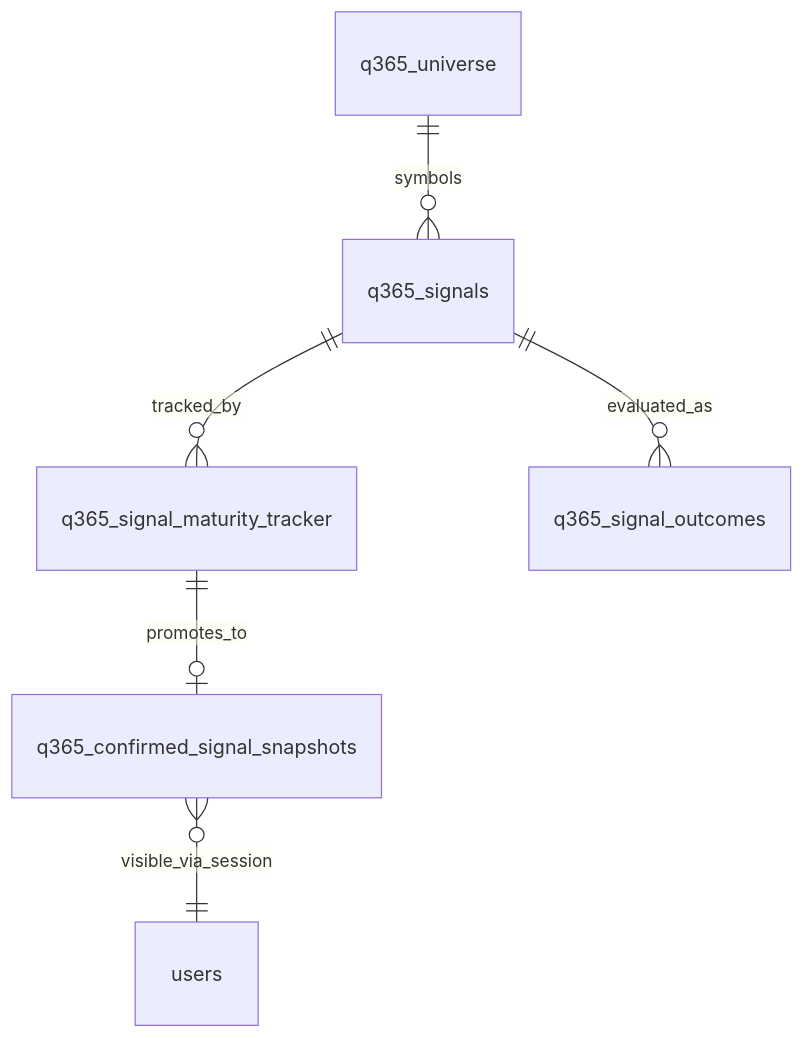
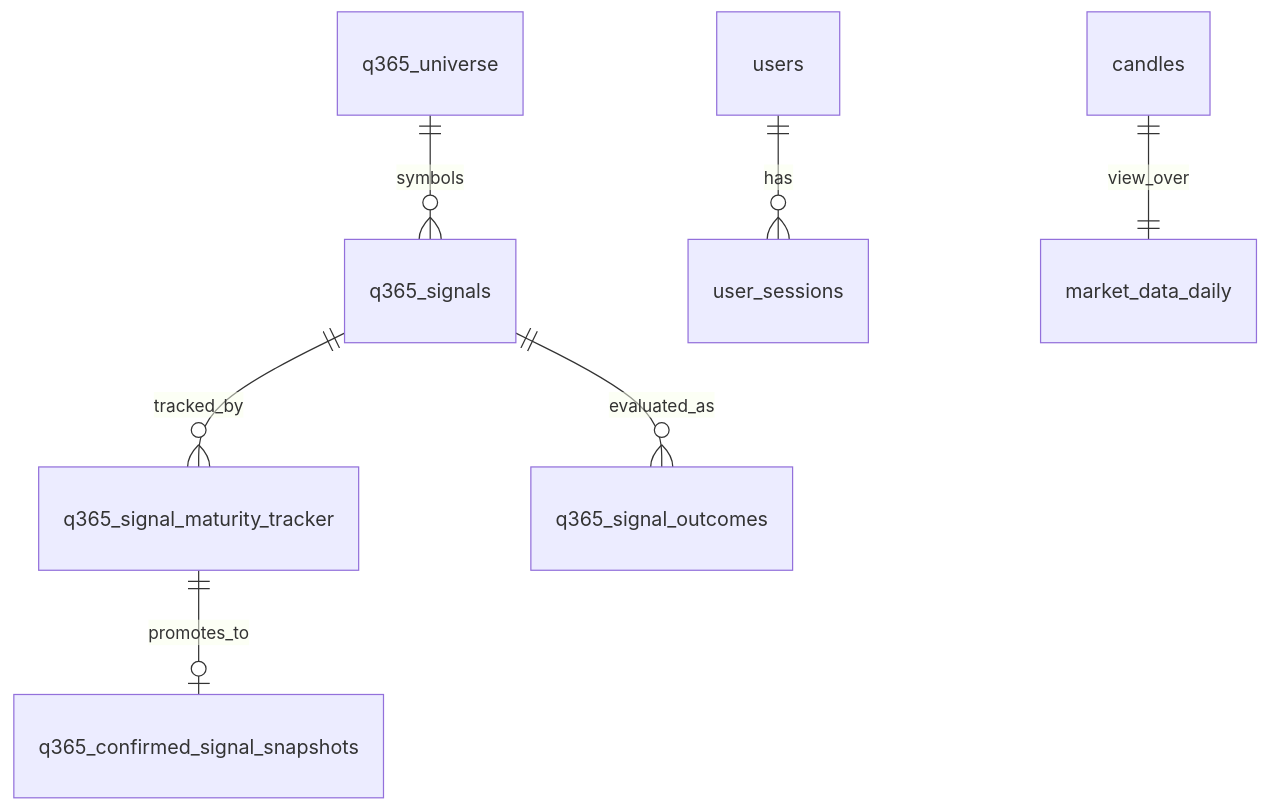
Before and after one commit to saurabhmani/api-update: the fifth of 5 diagrams in ARCHITECTURE.md, drawn with Mermaid. The commit also changed other lines of this file and 62 other files, not shown here.

````diff
--- a/ARCHITECTURE.md
+++ b/ARCHITECTURE.md
@@ -450,8 +416,9 @@
 ```mermaid
 erDiagram
+    q365_universe ||--o{ q365_signals : symbols
     q365_signals ||--o{ q365_signal_maturity_tracker : tracked_by
     q365_signal_maturity_tracker ||--o| q365_confirmed_signal_snapshots : promotes_to
     q365_signals ||--o{ q365_signal_outcomes : evaluated_as
-    q365_confirmed_signal_snapshots }o--|| users : visible_via_session
-    q365_universe ||--o{ q365_signals : symbols
+    users ||--o{ user_sessions : has
+    candles ||--|| market_data_daily : view_over
 ```
````
